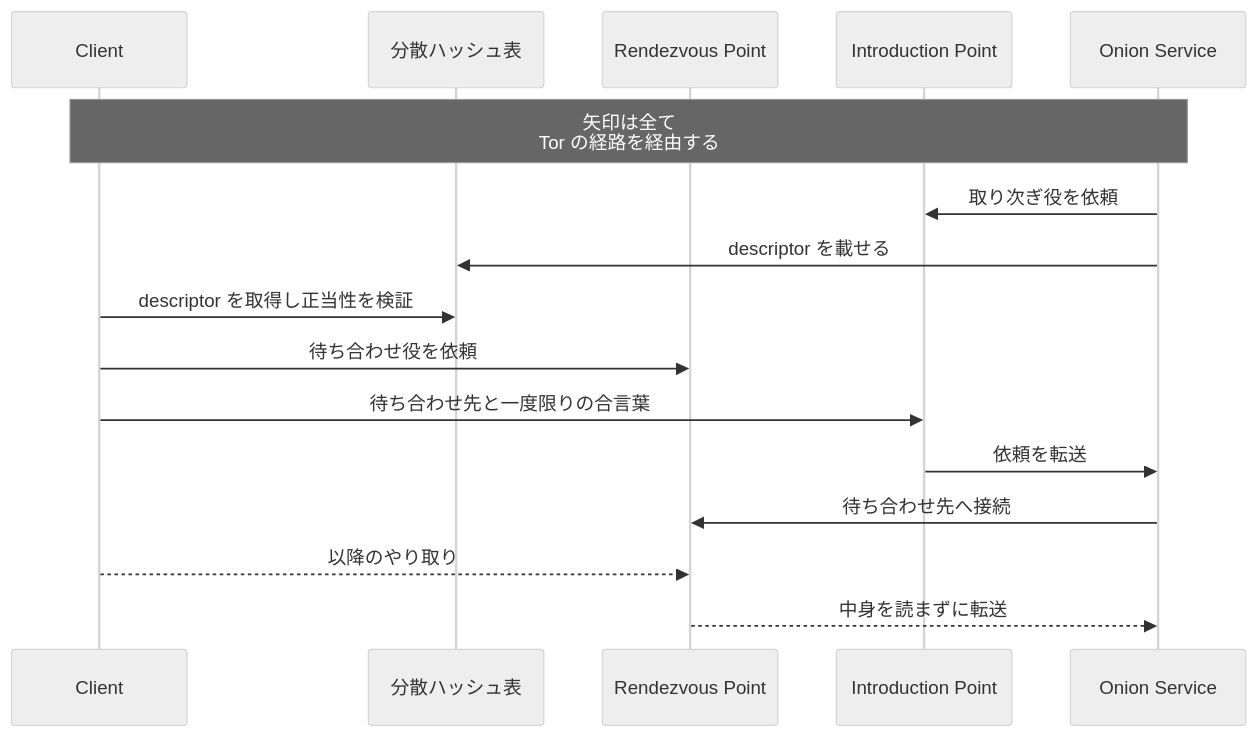
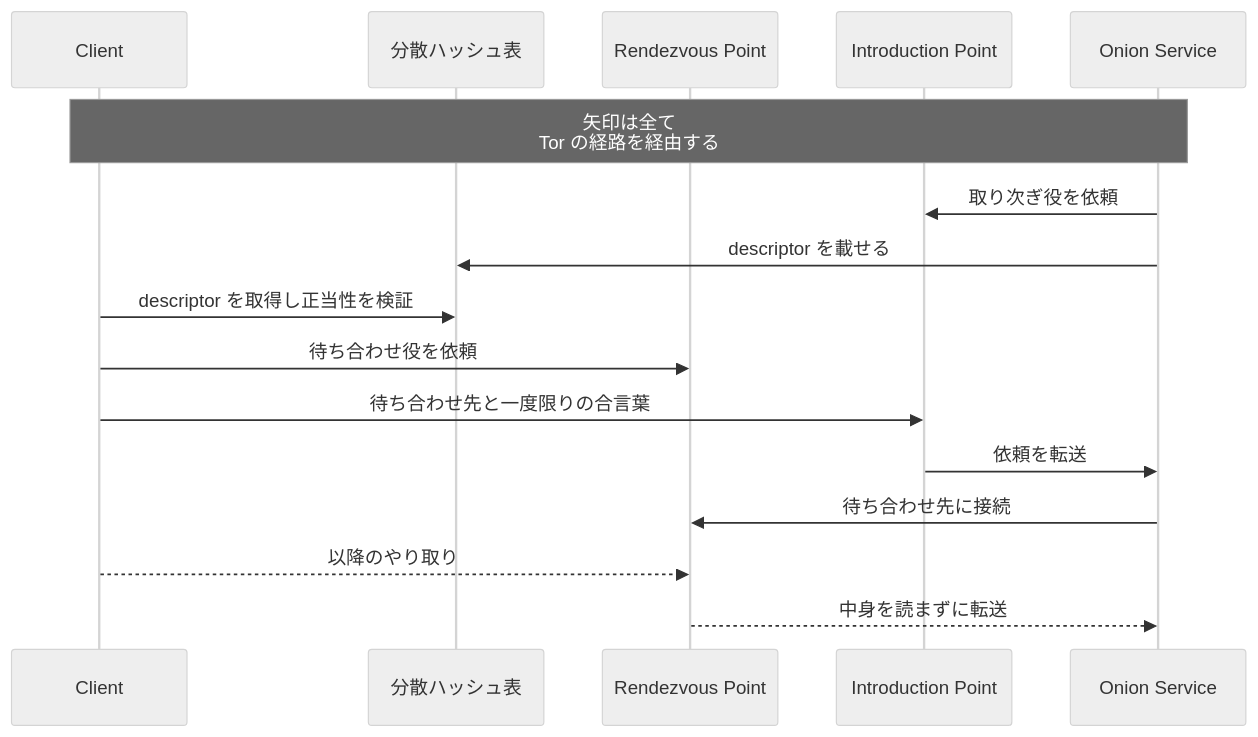
One commit to nao1215/debimate changed the sixth of 7 diagrams in content/notes/security/tor/index.md. Above: the diagram before and after it, drawn with Mermaid (neutral theme). The commit also changed other lines of this file and 46 other files, not shown here.

````diff
--- a/content/notes/security/tor/index.md
+++ b/content/notes/security/tor/index.md
@@ -163,18 +163,18 @@
 ```mermaid
 sequenceDiagram
     participant C as Client
     participant D as 分散ハッシュ表
     participant R as Rendezvous Point
     participant I as Introduction Point
     participant S as Onion Service
     Note over C,S: 矢印は全て<br/>Tor の経路を経由する
     S->>I: 取り次ぎ役を依頼
     S->>D: descriptor を載せる
     C->>D: descriptor を取得し正当性を検証
     C->>R: 待ち合わせ役を依頼
     C->>I: 待ち合わせ先と一度限りの合言葉
     I->>S: 依頼を転送
-    S->>R: 待ち合わせ先へ接続
+    S->>R: 待ち合わせ先に接続
     C-->>R: 以降のやり取り
     R-->>S: 中身を読まずに転送
 ```
````
